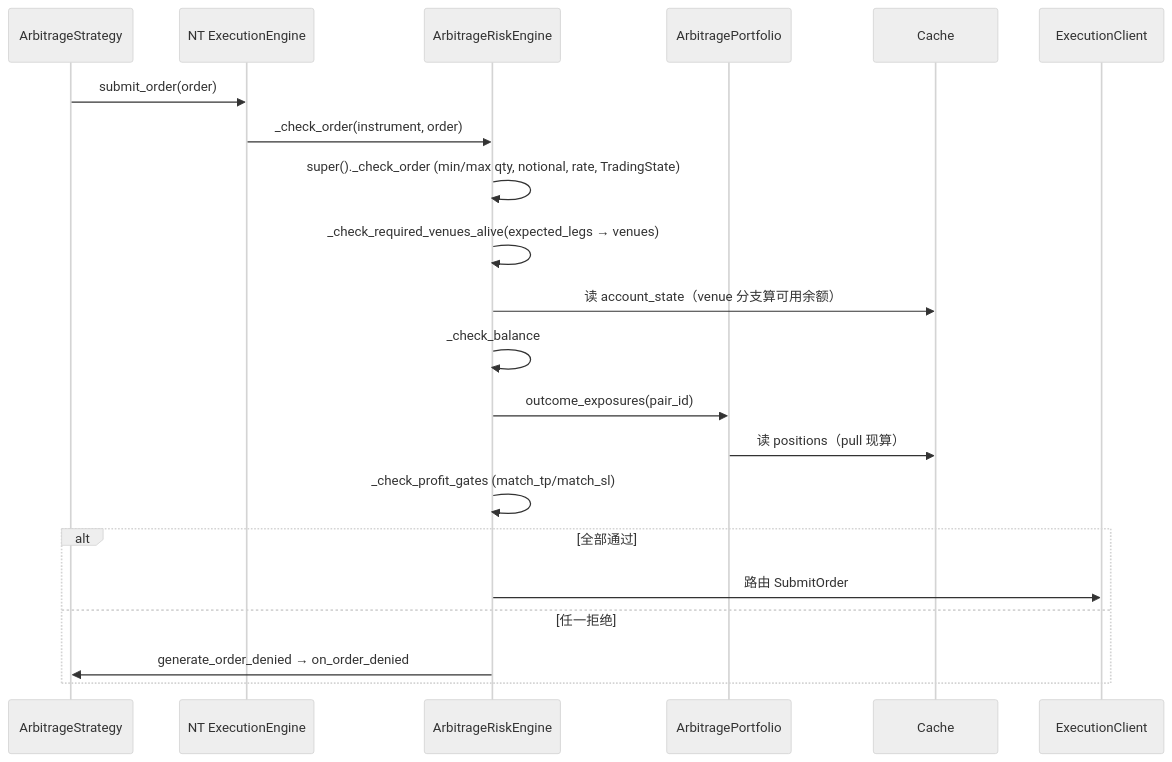
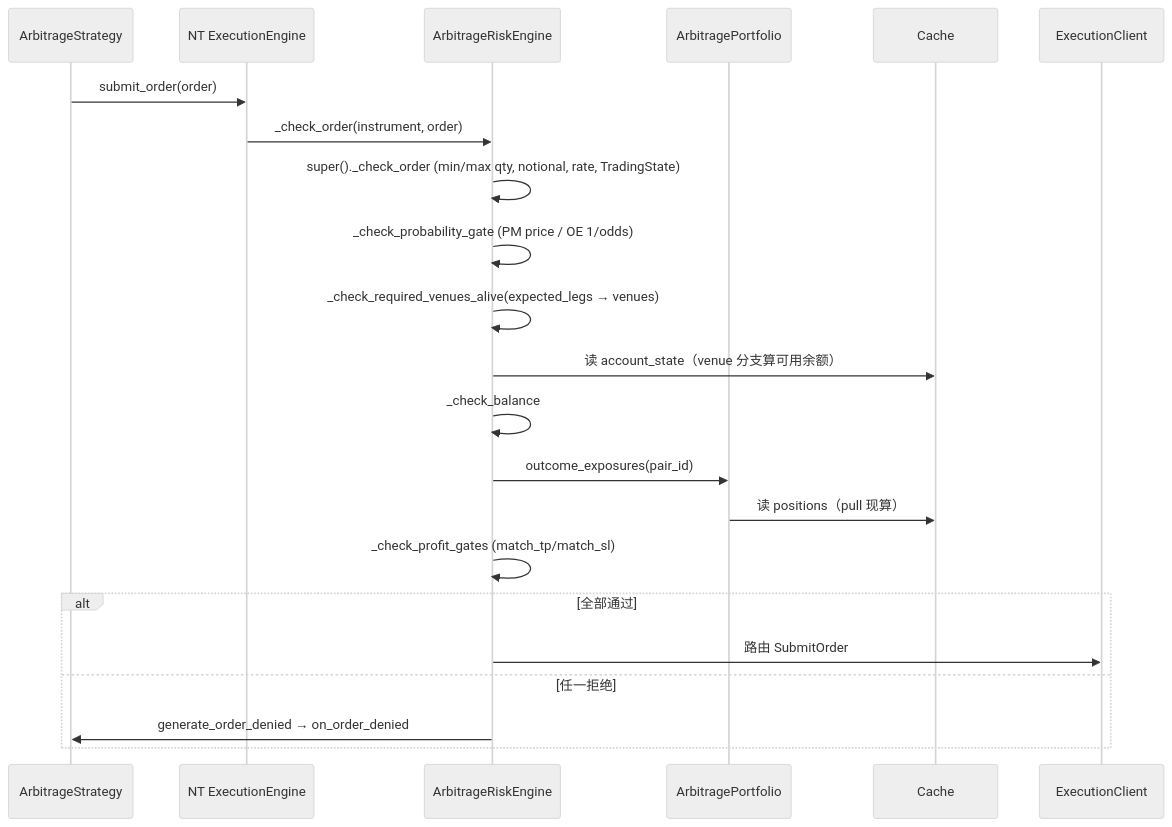
Before and after one commit to psnewer/nautilus_trader: the third of 3 diagrams in docs/arbitrage/architectures/risk/architecture.md, drawn with Mermaid (neutral theme). The commit also changed other lines of this file and 50 other files, not shown here.

````diff
--- a/docs/arbitrage/architectures/risk/architecture.md
+++ b/docs/arbitrage/architectures/risk/architecture.md
@@ -287,24 +307,25 @@
 ```mermaid
 sequenceDiagram
   participant ST as ArbitrageStrategy
   participant EE as NT ExecutionEngine
   participant RE as ArbitrageRiskEngine
   participant AP as ArbitragePortfolio
   participant C as Cache
   participant EC as ExecutionClient
 
   ST->>EE: submit_order(order)
   EE->>RE: _check_order(instrument, order)
   RE->>RE: super()._check_order  (min/max qty, notional, rate, TradingState)
+  RE->>RE: _check_probability_gate (PM price / OE 1/odds)
   RE->>RE: _check_required_venues_alive(expected_legs → venues)
   RE->>C: 读 account_state（venue 分支算可用余额）
   RE->>RE: _check_balance
   RE->>AP: outcome_exposures(pair_id)
   AP->>C: 读 positions（pull 现算）
   RE->>RE: _check_profit_gates (match_tp/match_sl)
   alt 全部通过
     RE->>EC: 路由 SubmitOrder
   else 任一拒绝
     RE->>ST: generate_order_denied → on_order_denied
   end
 ```
````
